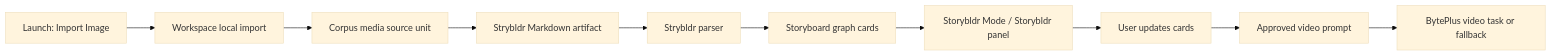
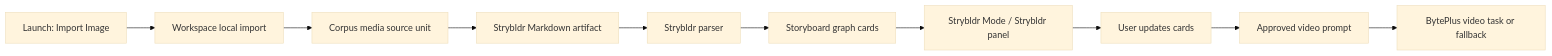
One commit to huijoohwee/knowgrph changed the diagram in docs/documents/knowgrph-strybldr-prd-tad.md. Above: the diagram before and after it, drawn with Mermaid (base theme). The commit also changed other lines of this file and 26 other files, not shown here.

````diff
--- a/docs/documents/knowgrph-strybldr-prd-tad.md
+++ b/docs/documents/knowgrph-strybldr-prd-tad.md
@@ -222,12 +223,12 @@
 ```mermaid
 flowchart LR
   A["Launch: Import Image"] --> B["Workspace local import"]
   B --> C["Corpus media source unit"]
   C --> D["Strybldr Markdown artifact"]
   D --> E["Strybldr parser"]
   E --> F["Storyboard graph cards"]
-  F --> G["Storybldr Mode / Storybldr panel"]
+  F --> G["Strybldr Mode / Strybldr panel"]
   G --> H["User updates cards"]
   H --> I["Approved video prompt"]
   I --> J["BytePlus video task or fallback"]
 ```
````
